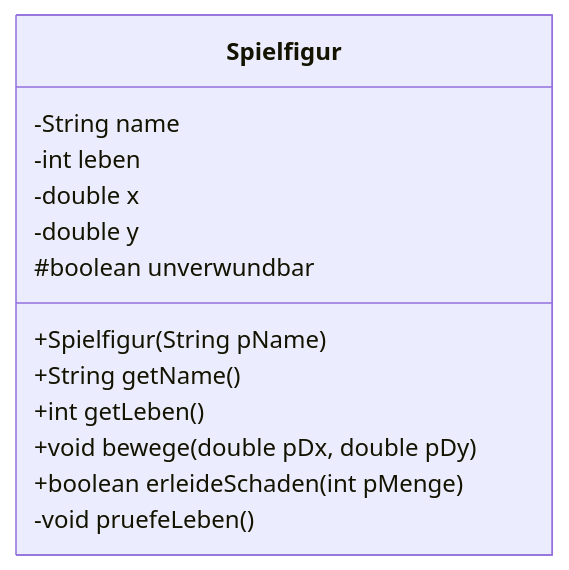
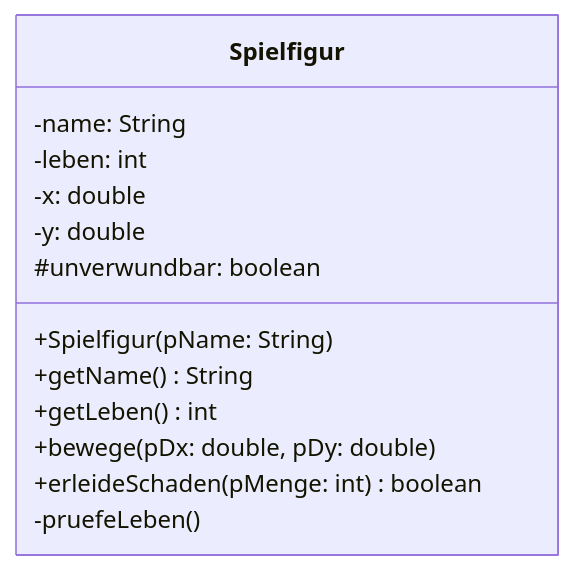
One commit to openpatch/hyperbook-informatik changed the third of 5 diagrams in book/oberstufe/oop/02-erweiterungen/01-vertiefte-objektorientierung/01-implementationsdiagramme.md. Above: the diagram before and after it, drawn with Mermaid. The commit also changed other lines of this file and 19 other files, not shown here.

Commit message:
richtige implementationsdiagramme

````diff
--- a/book/oberstufe/oop/02-erweiterungen/01-vertiefte-objektorientierung/01-implementationsdiagramme.md
+++ b/book/oberstufe/oop/02-erweiterungen/01-vertiefte-objektorientierung/01-implementationsdiagramme.md
@@ -238,16 +240,16 @@
 ```mermaid
 classDiagram
     class Spielfigur {
-        -String name
-        -int leben
-        -double x
-        -double y
-        #boolean unverwundbar
-        +Spielfigur(String pName)
-        +String getName()
-        +int getLeben()
-        +void bewege(double pDx, double pDy)
-        +boolean erleideSchaden(int pMenge)
-        -void pruefeLeben()
+        -name: String
+        -leben: int
+        -x: double
+        -y: double
+        #unverwundbar: boolean
+        +Spielfigur(pName: String)
+        +getName() String
+        +getLeben() int
+        +bewege(pDx: double, pDy: double)
+        +erleideSchaden(pMenge: int) boolean
+        -pruefeLeben()
     }
 ```
````
